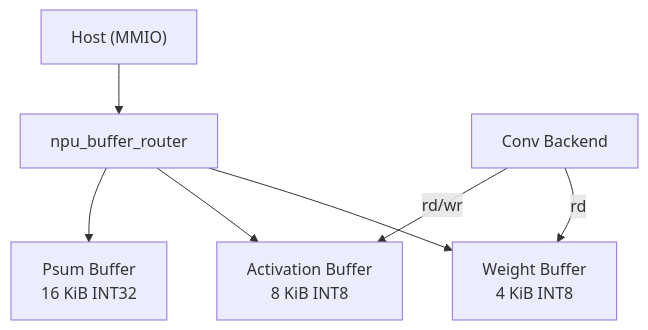
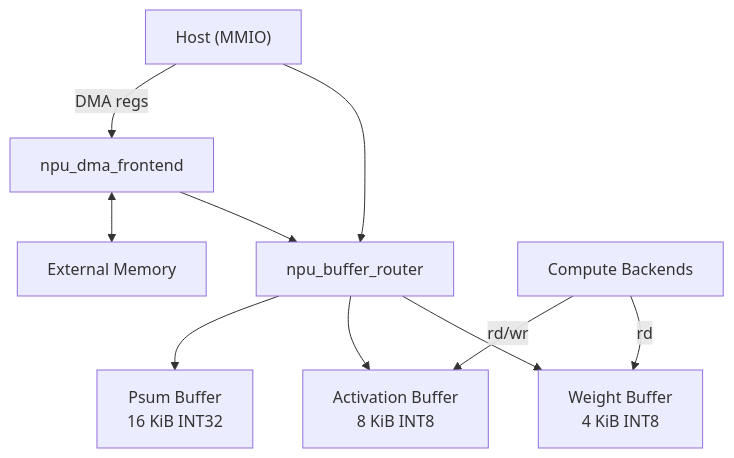
One commit to Arty3/lg-npu changed the first of 3 diagrams in docs/arch/memory_hierarchy.md. Above: the diagram before and after it, drawn with Mermaid. The commit also changed other lines of this file and 12 other files, not shown here.

````diff
--- a/docs/arch/memory_hierarchy.md
+++ b/docs/arch/memory_hierarchy.md
@@ -14,16 +14,21 @@
 ```mermaid
 flowchart TB
     Host["Host (MMIO)"]
+    DMA["npu_dma_frontend"]
+    ExtMem["External Memory"]
     Router["npu_buffer_router"]
     WB["Weight Buffer\n4 KiB INT8"]
     AB["Activation Buffer\n8 KiB INT8"]
     PB["Psum Buffer\n16 KiB INT32"]
-    BE["Conv Backend"]
+    BE["Compute Backends"]
 
     Host --> Router
+    DMA --> Router
+    DMA <--> ExtMem
+    Host -- "DMA regs" --> DMA
     Router --> WB
     Router --> AB
     Router --> PB
     BE -->|rd| WB
     BE -->|rd/wr| AB
 ```
````
